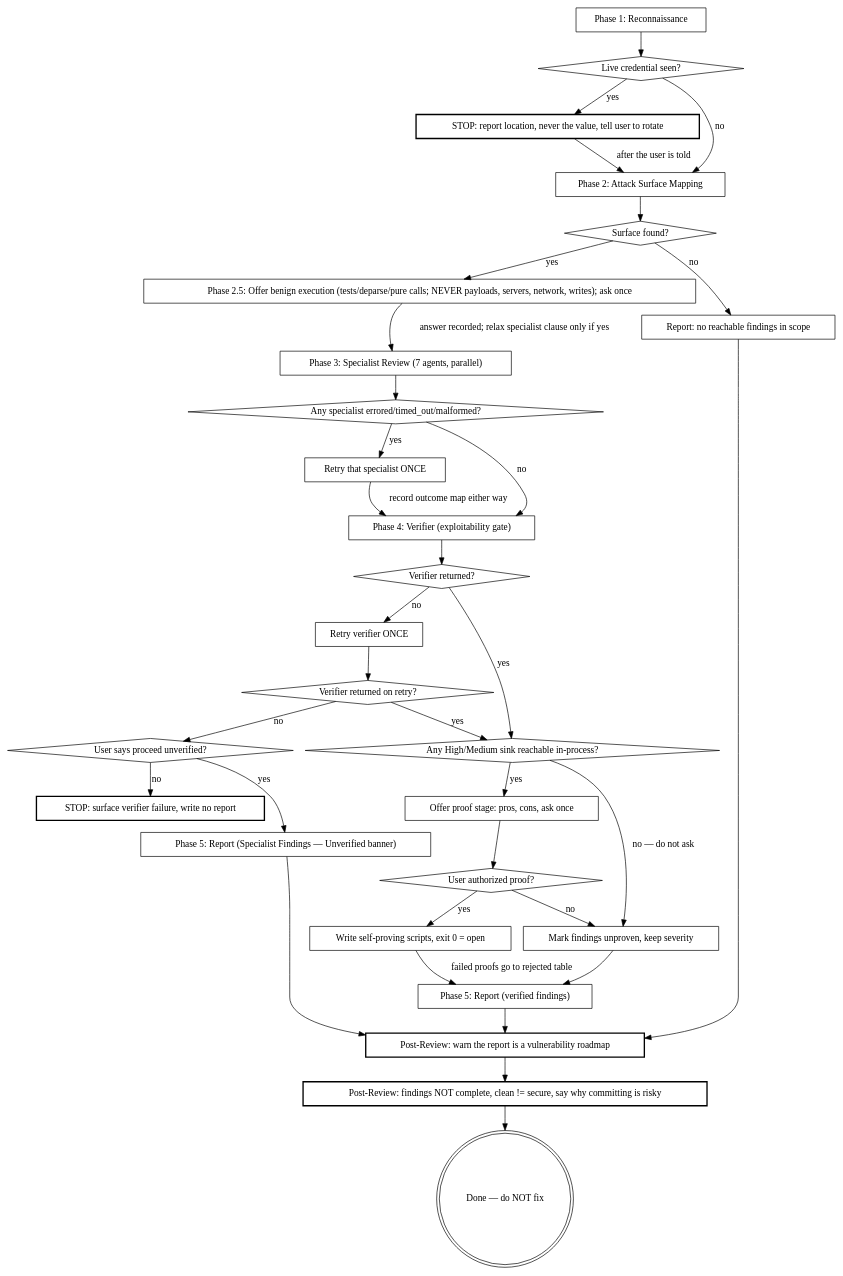
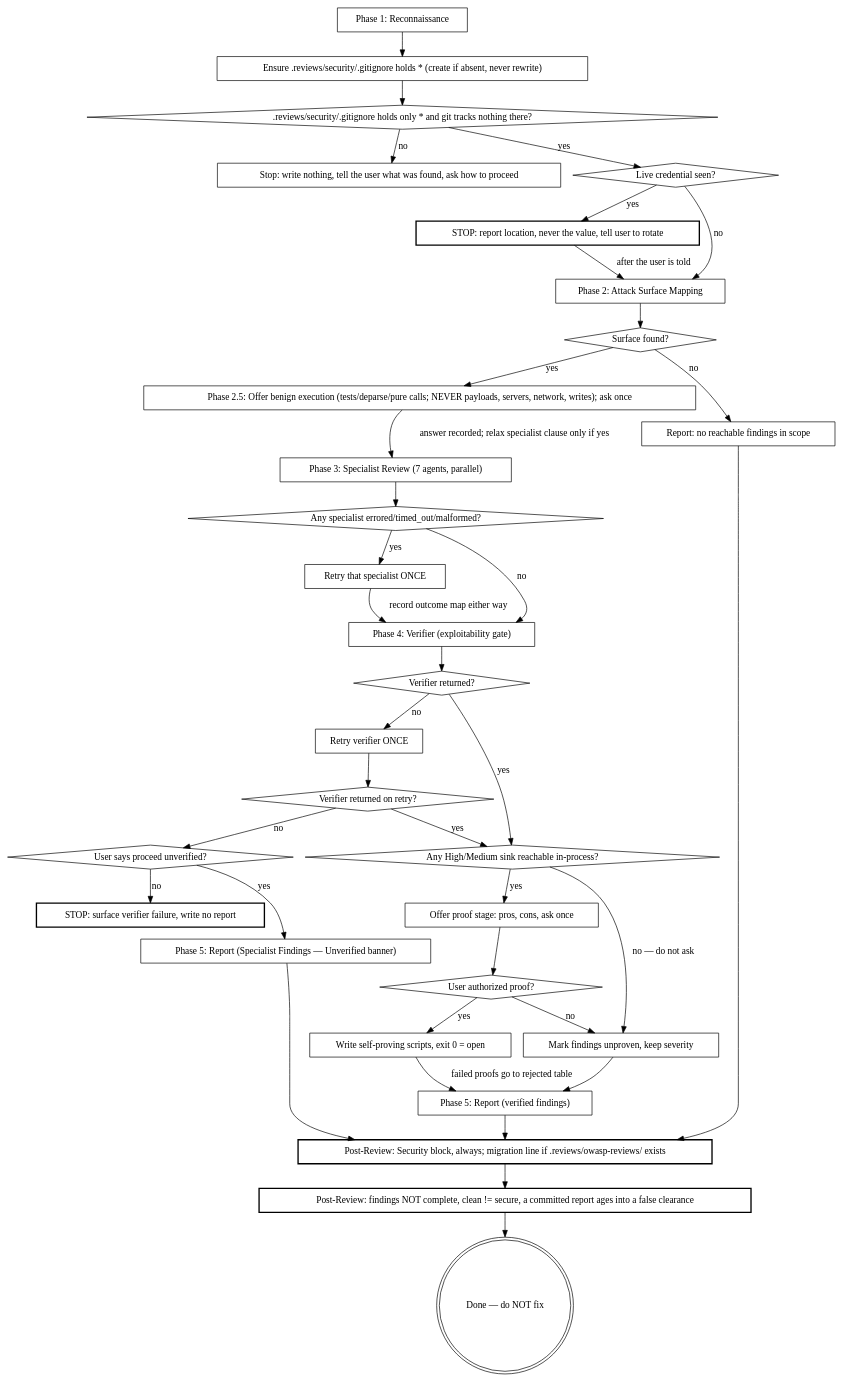
The second of 3 diagrams in kiro_and_antigravity/skills/.kiro/skills/agentic-owasp/SKILL.md (Ovid/paad), drawn with Graphviz before and after one commit. The commit also changed other lines of this file and 71 other files, not shown here.

````diff
--- a/kiro_and_antigravity/skills/.kiro/skills/agentic-owasp/SKILL.md
+++ b/kiro_and_antigravity/skills/.kiro/skills/agentic-owasp/SKILL.md
@@ -93,63 +97,69 @@
 ```dot
 digraph session {
   "Phase 1: Reconnaissance" [shape=box];
+  "Ensure .reviews/security/.gitignore holds * (create if absent, never rewrite)" [shape=box];
+  ".reviews/security/.gitignore holds only * and git tracks nothing there?" [shape=diamond];
+  "Stop: write nothing, tell the user what was found, ask how to proceed" [shape=box];
   "Live credential seen?" [shape=diamond];
   "STOP: report location, never the value, tell user to rotate" [shape=box, style=bold];
   "Phase 2: Attack Surface Mapping" [shape=box];
   "Surface found?" [shape=diamond];
   "Phase 3: Specialist Review (7 agents, parallel)" [shape=box];
   "Any specialist errored/timed_out/malformed?" [shape=diamond];
   "Retry that specialist ONCE" [shape=box];
   "Phase 4: Verifier (exploitability gate)" [shape=box];
   "Verifier returned?" [shape=diamond];
   "Retry verifier ONCE" [shape=box];
   "Verifier returned on retry?" [shape=diamond];
   "User says proceed unverified?" [shape=diamond];
   "STOP: surface verifier failure, write no report" [shape=box, style=bold];
   "Phase 2.5: Offer benign execution (tests/deparse/pure calls; NEVER payloads, servers, network, writes); ask once" [shape=box];
   "Any High/Medium sink reachable in-process?" [shape=diamond];
   "Offer proof stage: pros, cons, ask once" [shape=box];
   "User authorized proof?" [shape=diamond];
   "Write self-proving scripts, exit 0 = open" [shape=box];
   "Mark findings unproven, keep severity" [shape=box];
   "Phase 5: Report (verified findings)" [shape=box];
   "Phase 5: Report (Specialist Findings — Unverified banner)" [shape=box];
   "Report: no reachable findings in scope" [shape=box];
-  "Post-Review: warn the report is a vulnerability roadmap" [shape=box, style=bold];
-  "Post-Review: findings NOT complete, clean != secure, say why committing is risky" [shape=box, style=bold];
+  "Post-Review: Security block, always; migration line if .reviews/owasp-reviews/ exists" [shape=box, style=bold];
+  "Post-Review: findings NOT complete, clean != secure, a committed report ages into a false clearance" [shape=box, style=bold];
   "Done — do NOT fix" [shape=doublecircle];
 
-  "Phase 1: Reconnaissance" -> "Live credential seen?";
+  "Phase 1: Reconnaissance" -> "Ensure .reviews/security/.gitignore holds * (create if absent, never rewrite)";
+  "Ensure .reviews/security/.gitignore holds * (create if absent, never rewrite)" -> ".reviews/security/.gitignore holds only * and git tracks nothing there?";
+  ".reviews/security/.gitignore holds only * and git tracks nothing there?" -> "Live credential seen?" [label="yes"];
+  ".reviews/security/.gitignore holds only * and git tracks nothing there?" -> "Stop: write nothing, tell the user what was found, ask how to proceed" [label="no"];
   "Live credential seen?" -> "STOP: report location, never the value, tell user to rotate" [label="yes"];
   "STOP: report location, never the value, tell user to rotate" -> "Phase 2: Attack Surface Mapping" [label="after the user is told"];
   "Live credential seen?" -> "Phase 2: Attack Surface Mapping" [label="no"];
   "Phase 2: Attack Surface Mapping" -> "Surface found?";
   "Surface found?" -> "Report: no reachable findings in scope" [label="no"];
   "Surface found?" -> "Phase 2.5: Offer benign execution (tests/deparse/pure calls; NEVER payloads, servers, network, writes); ask once" [label="yes"];
   "Phase 2.5: Offer benign execution (tests/deparse/pure calls; NEVER payloads, servers, network, writes); ask once" -> "Phase 3: Specialist Review (7 agents, parallel)" [label="answer recorded; relax specialist clause only if yes"];
   "Phase 3: Specialist Review (7 agents, parallel)" -> "Any specialist errored/timed_out/malformed?";
   "Any specialist errored/timed_out/malformed?" -> "Retry that specialist ONCE" [label="yes"];
   "Retry that specialist ONCE" -> "Phase 4: Verifier (exploitability gate)" [label="record outcome map either way"];
   "Any specialist errored/timed_out/malformed?" -> "Phase 4: Verifier (exploitability gate)" [label="no"];
   "Phase 4: Verifier (exploitability gate)" -> "Verifier returned?";
   "Verifier returned?" -> "Any High/Medium sink reachable in-process?" [label="yes"];
   "Verifier returned?" -> "Retry verifier ONCE" [label="no"];
   "Retry verifier ONCE" -> "Verifier returned on retry?";
   "Verifier returned on retry?" -> "Any High/Medium sink reachable in-process?" [label="yes"];
   "Verifier returned on retry?" -> "User says proceed unverified?" [label="no"];
   "User says proceed unverified?" -> "Phase 5: Report (Specialist Findings — Unverified banner)" [label="yes"];
   "User says proceed unverified?" -> "STOP: surface verifier failure, write no report" [label="no"];
   "Any High/Medium sink reachable in-process?" -> "Offer proof stage: pros, cons, ask once" [label="yes"];
   "Any High/Medium sink reachable in-process?" -> "Mark findings unproven, keep severity" [label="no — do not ask"];
   "Offer proof stage: pros, cons, ask once" -> "User authorized proof?";
   "User authorized proof?" -> "Write self-proving scripts, exit 0 = open" [label="yes"];
   "User authorized proof?" -> "Mark findings unproven, keep severity" [label="no"];
   "Write self-proving scripts, exit 0 = open" -> "Phase 5: Report (verified findings)" [label="failed proofs go to rejected table"];
   "Mark findings unproven, keep severity" -> "Phase 5: Report (verified findings)";
-  "Report: no reachable findings in scope" -> "Post-Review: warn the report is a vulnerability roadmap";
-  "Phase 5: Report (verified findings)" -> "Post-Review: warn the report is a vulnerability roadmap";
-  "Phase 5: Report (Specialist Findings — Unverified banner)" -> "Post-Review: warn the report is a vulnerability roadmap";
-  "Post-Review: warn the report is a vulnerability roadmap" -> "Post-Review: findings NOT complete, clean != secure, say why committing is risky";
-  "Post-Review: findings NOT complete, clean != secure, say why committing is risky" -> "Done — do NOT fix";
+  "Report: no reachable findings in scope" -> "Post-Review: Security block, always; migration line if .reviews/owasp-reviews/ exists";
+  "Phase 5: Report (verified findings)" -> "Post-Review: Security block, always; migration line if .reviews/owasp-reviews/ exists";
+  "Phase 5: Report (Specialist Findings — Unverified banner)" -> "Post-Review: Security block, always; migration line if .reviews/owasp-reviews/ exists";
+  "Post-Review: Security block, always; migration line if .reviews/owasp-reviews/ exists" -> "Post-Review: findings NOT complete, clean != secure, a committed report ages into a false clearance";
+  "Post-Review: findings NOT complete, clean != secure, a committed report ages into a false clearance" -> "Done — do NOT fix";
 }
 ```
````
